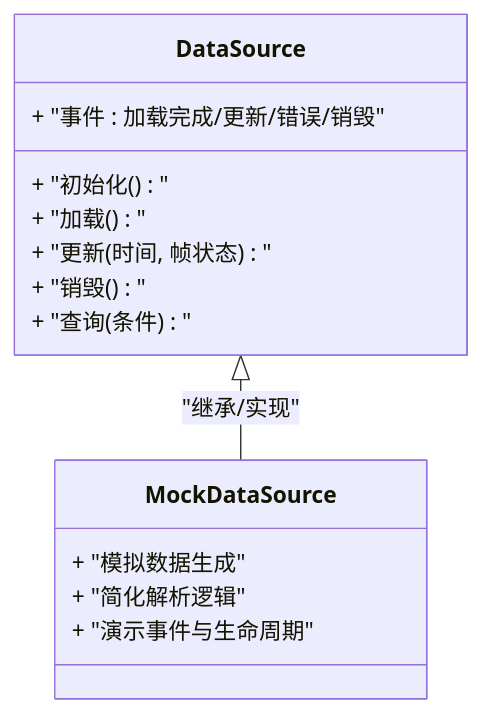
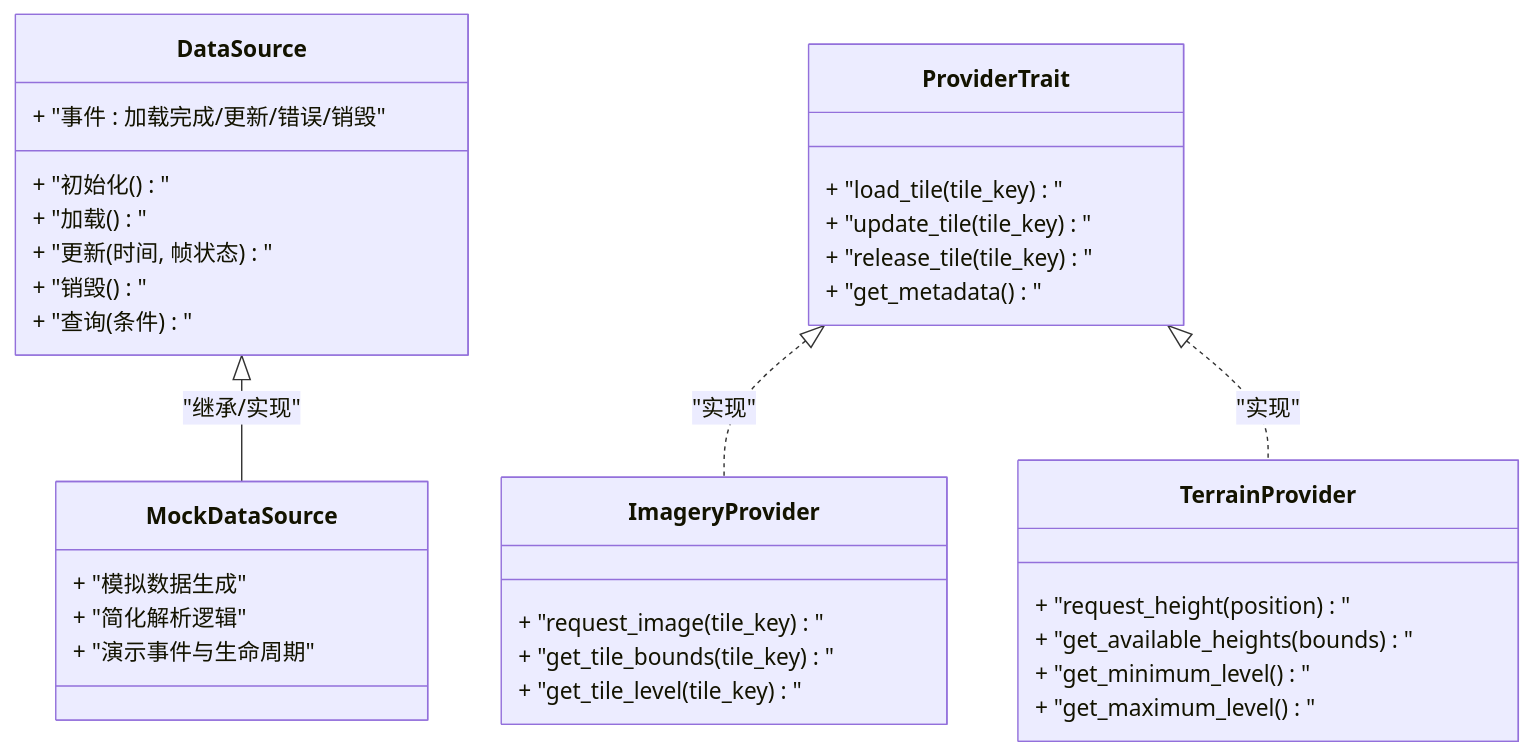
One commit to rzhangjing/cesium changed the third of 6 diagrams in .qoder/repowiki/zh/content/数据提供者/数据提供者架构.md. Above: the diagram before and after it, drawn with Mermaid. The commit also changed other lines of this file and 74 other files, not shown here.

````diff
--- a/.qoder/repowiki/zh/content/数据提供者/数据提供者架构.md
+++ b/.qoder/repowiki/zh/content/数据提供者/数据提供者架构.md
@@ -121,17 +156,36 @@
 ```mermaid
 classDiagram
 class DataSource {
 + "初始化()"
 + "加载()"
 + "更新(时间, 帧状态)"
 + "销毁()"
 + "查询(条件)"
 + "事件 : 加载完成/更新/错误/销毁"
 }
 class MockDataSource {
 + "模拟数据生成"
 + "简化解析逻辑"
 + "演示事件与生命周期"
 }
+class ProviderTrait {
++ "load_tile(tile_key)"
++ "update_tile(tile_key)"
++ "release_tile(tile_key)"
++ "get_metadata()"
+}
+class ImageryProvider {
++ "request_image(tile_key)"
++ "get_tile_bounds(tile_key)"
++ "get_tile_level(tile_key)"
+}
+class TerrainProvider {
++ "request_height(position)"
++ "get_available_heights(bounds)"
++ "get_minimum_level()"
++ "get_maximum_level()"
+}
 DataSource <|-- MockDataSource : "继承/实现"
+ProviderTrait <|.. ImageryProvider : "实现"
+ProviderTrait <|.. TerrainProvider : "实现"
 ```
````
